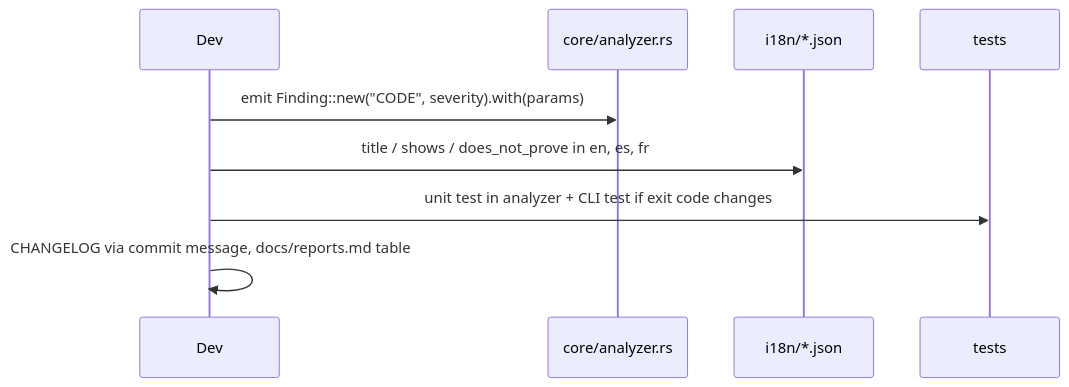
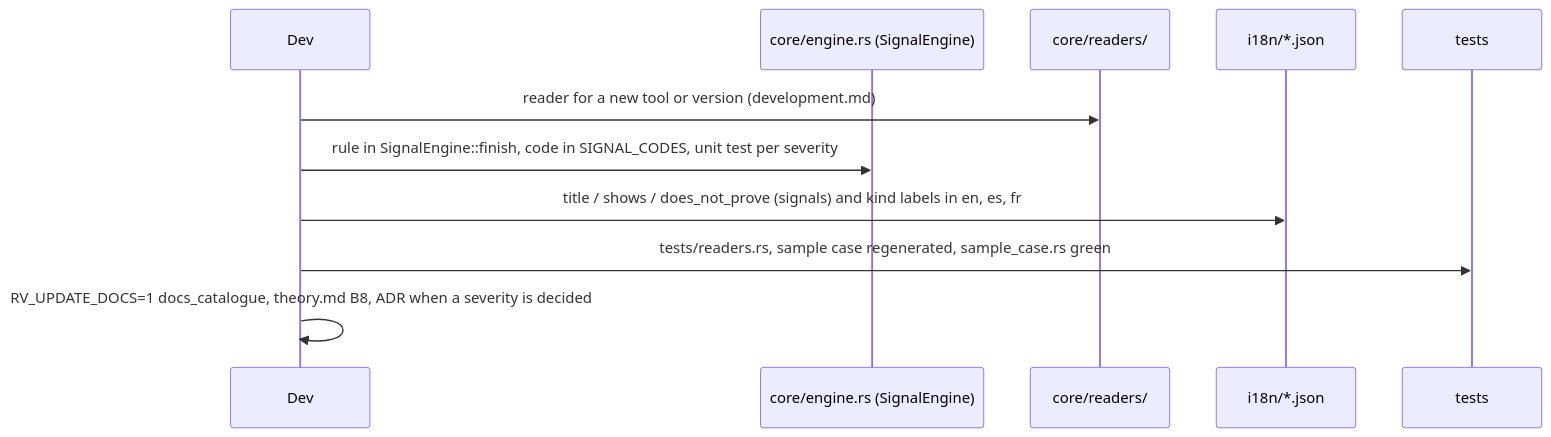
Before and after one commit to Panacota96/rv-timeline: the second of 2 diagrams in CONTRIBUTING.md, drawn with Mermaid. The commit also changed other lines of this file and 984 other files, not shown here.

First line of the commit message:
feat: RV Timeline v0.1 — cited case timeline from the Rakvor tools' outputs (#3)

````diff
--- a/CONTRIBUTING.md
+++ b/CONTRIBUTING.md
@@ -53,11 +63,13 @@
 ```mermaid
 sequenceDiagram
     participant Dev
-    participant analyzer as core/analyzer.rs
+    participant eng as core/engine.rs (SignalEngine)
+    participant rd as core/readers/
     participant i18n as i18n/*.json
     participant tests
-    Dev->>analyzer: emit Finding::new("CODE", severity).with(params)
-    Dev->>i18n: title / shows / does_not_prove in en, es, fr
-    Dev->>tests: unit test in analyzer + CLI test if exit code changes
-    Dev->>Dev: CHANGELOG via commit message, docs/reports.md table
+    Dev->>rd: reader for a new tool or version (development.md)
+    Dev->>eng: rule in SignalEngine::finish, code in SIGNAL_CODES, unit test per severity
+    Dev->>i18n: title / shows / does_not_prove (signals) and kind labels in en, es, fr
+    Dev->>tests: tests/readers.rs, sample case regenerated, sample_case.rs green
+    Dev->>Dev: RV_UPDATE_DOCS=1 docs_catalogue, theory.md B8, ADR when a severity is decided
 ```
````
